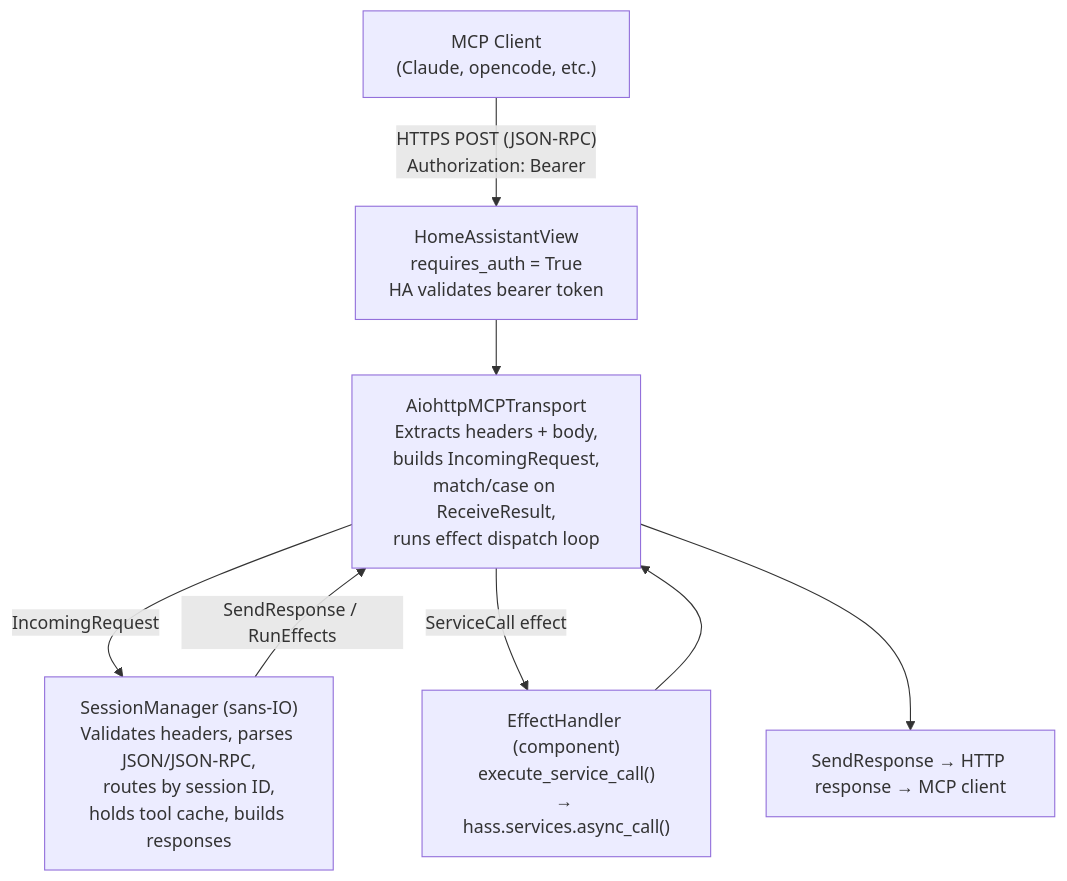
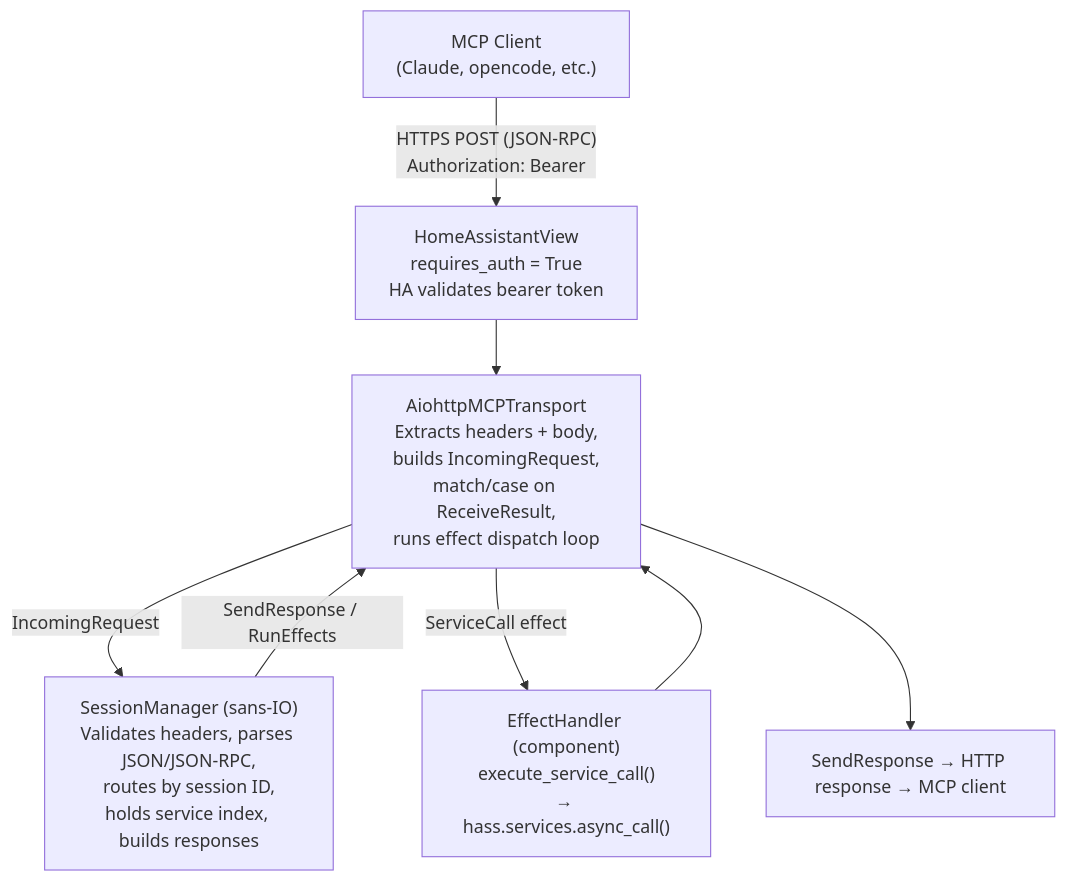
Before and after one commit to altendky/hamster: the first of 7 diagrams in docs/src/project/data-flow.md, drawn with Mermaid. The commit also changed other lines of this file and 7 other files, not shown here.

````diff
--- a/docs/src/project/data-flow.md
+++ b/docs/src/project/data-flow.md
@@ -10,17 +10,17 @@
 ```mermaid
 flowchart TB
     client["MCP Client<br/>(Claude, opencode, etc.)"]
     view["HomeAssistantView<br/>requires_auth = True<br/>HA validates bearer token"]
     transport["AiohttpMCPTransport<br/>Extracts headers + body,<br/>builds IncomingRequest,<br/>match/case on ReceiveResult,<br/>runs effect dispatch loop"]
-    manager["SessionManager (sans-IO)<br/>Validates headers, parses JSON/JSON-RPC,<br/>routes by session ID,<br/>holds tool cache, builds responses"]
+    manager["SessionManager (sans-IO)<br/>Validates headers, parses JSON/JSON-RPC,<br/>routes by session ID,<br/>holds service index, builds responses"]
     effect["EffectHandler (component)<br/>execute_service_call()<br/>→ hass.services.async_call()"]
     response["SendResponse → HTTP response → MCP client"]
 
     client -->|"HTTPS POST (JSON-RPC)<br/>Authorization: Bearer"| view
     view --> transport
     transport -->|"IncomingRequest"| manager
     manager -->|"SendResponse / RunEffects"| transport
     transport -->|"ServiceCall effect"| effect
     effect --> transport
     transport --> response
 ```
````
